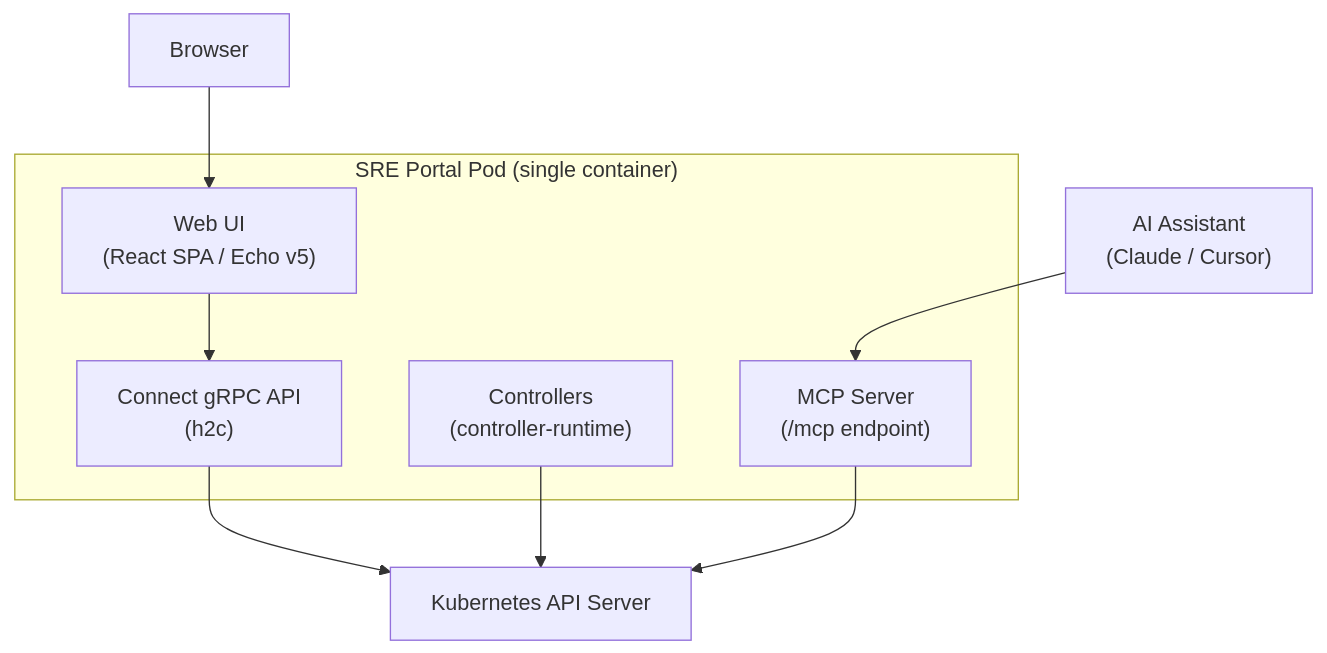
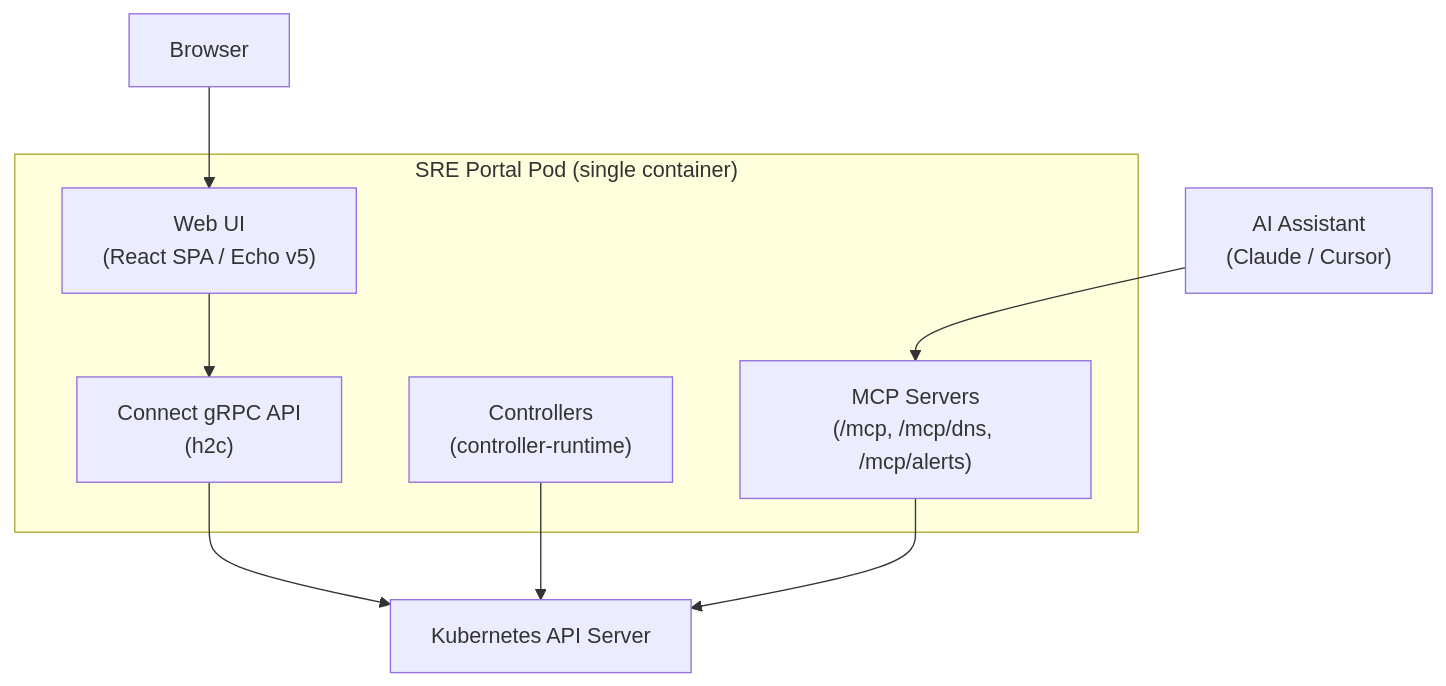
The first of 3 diagrams in docs/content/docs/architecture.md (golgoth31/sreportal), drawn with Mermaid before and after one commit. The commit also changed other lines of this file and 64 other files, not shown here.

````diff
--- a/docs/content/docs/architecture.md
+++ b/docs/content/docs/architecture.md
@@ -10,17 +10,17 @@
 ```mermaid
 graph TB
     Browser["Browser"] --> WebUI
     AIAssistant["AI Assistant\n(Claude / Cursor)"] --> MCP
 
     subgraph Pod["SRE Portal Pod (single container)"]
         Controllers["Controllers\n(controller-runtime)"]
         API["Connect gRPC API\n(h2c)"]
         WebUI["Web UI\n(React SPA / Echo v5)"]
-        MCP["MCP Server\n(/mcp endpoint)"]
+        MCP["MCP Servers\n(/mcp, /mcp/dns, /mcp/alerts)"]
     end
 
     WebUI --> API
     API --> K8s["Kubernetes API Server"]
     Controllers --> K8s
     MCP --> K8s
 ```
````
